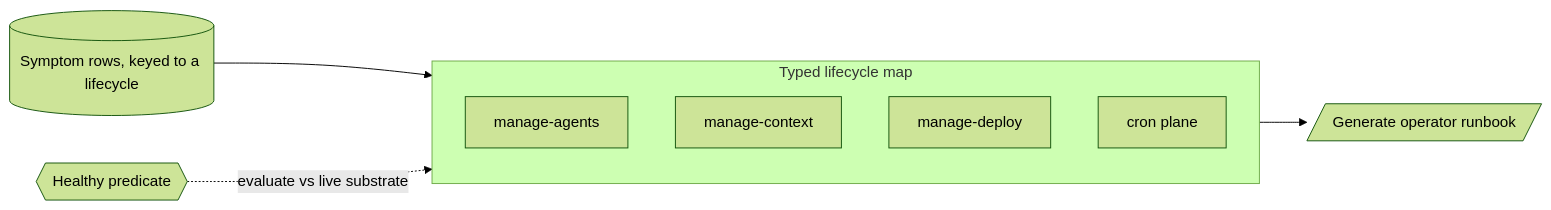
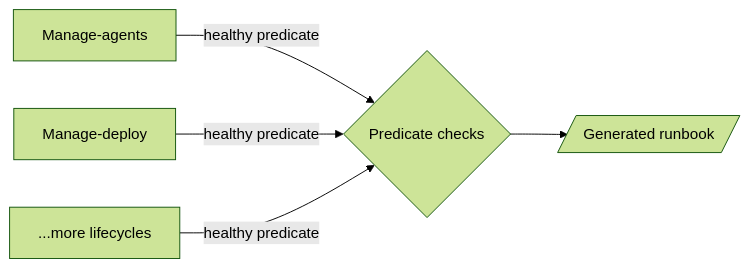
One commit to davisjam/agent-governance-mechanisms changed the diagram in book/appendix-fills/models-bridge/lifecycle-model.md. Above: the diagram before and after it, drawn with Mermaid (forest theme). The commit also changed other lines of this file and 25 other files, not shown here.

Commit message:
feat(appxC): bespoke diagrams replacing shared glyphs (batches F+G)

````diff
--- a/book/appendix-fills/models-bridge/lifecycle-model.md
+++ b/book/appendix-fills/models-bridge/lifecycle-model.md
@@ -38,12 +38,8 @@
 ```mermaid
 flowchart LR
-  subgraph Model[Typed lifecycle map]
-    L1[manage-agents]
-    L2[manage-context]
-    L3[manage-deploy]
-    L4[cron plane]
-  end
-  Symptoms[(Symptom rows, keyed to a lifecycle)] --> Model
-  Model --> Gen[/Generate operator runbook/]
-  Health{{Healthy predicate}} -.->|evaluate vs live substrate| Model
+  L1[Manage-agents]
+  L2[Manage-deploy]
+  L3[...more lifecycles]
+  L1 & L2 & L3 -->|healthy predicate| Check{Predicate checks}
+  Check --> Runbook[/Generated runbook/]
 ```
````
